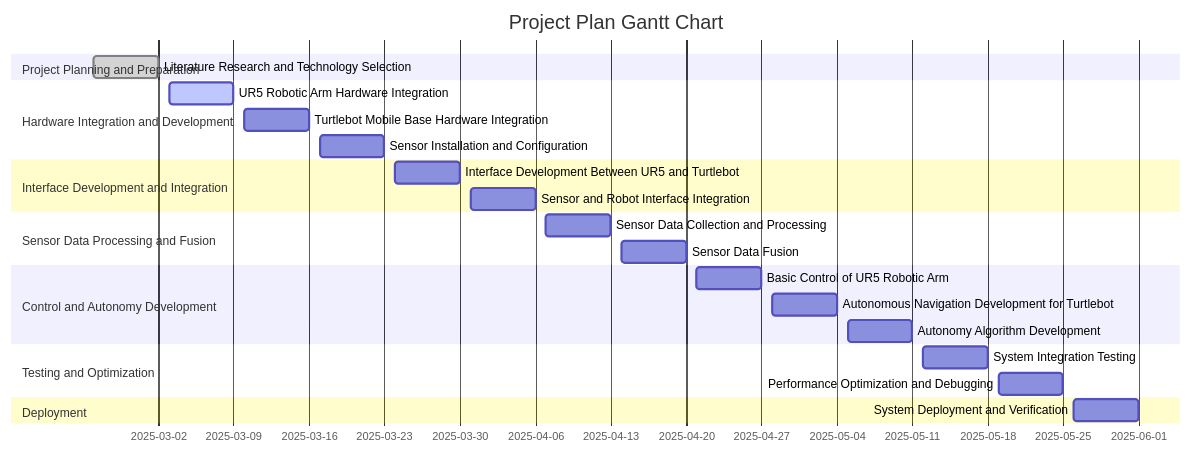
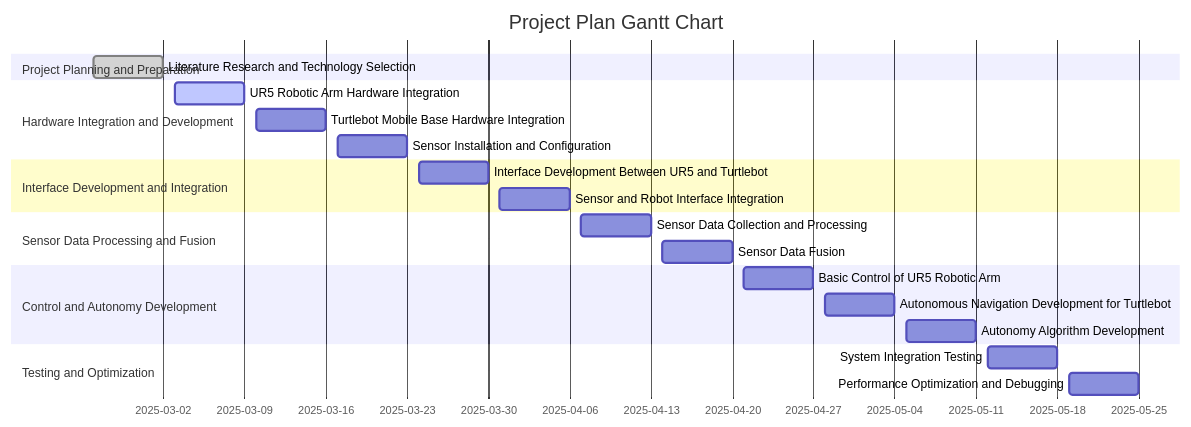
The diagram in docs/timeline.md (RAS598-2025-S-Team12/RAS598-2025-S-Team12.github.io), drawn with Mermaid before and after one commit.

````diff
--- a/docs/timeline.md
+++ b/docs/timeline.md
@@ -6,35 +6,33 @@
 ``` mermaid
 
 gantt
     title Project Plan Gantt Chart
     dateFormat  YYYY-MM-DD
     section Project Planning and Preparation
     Literature Research and Technology Selection   :done, task1_2, 2025-02-24, 2025-03-02
 
     section Hardware Integration and Development
     UR5 Robotic Arm Hardware Integration           :active, task2_1, 2025-03-03, 2025-03-09
     Turtlebot Mobile Base Hardware Integration     :task2_2, 2025-03-10, 2025-03-16
     Sensor Installation and Configuration          :task2_3, 2025-03-17, 2025-03-23
 
     section Interface Development and Integration
     Interface Development Between UR5 and Turtlebot :task3_1, 2025-03-24, 2025-03-30
     Sensor and Robot Interface Integration          :task3_2, 2025-03-31, 2025-04-06
 
     section Sensor Data Processing and Fusion
     Sensor Data Collection and Processing           :task4_1, 2025-04-07, 2025-04-13
     Sensor Data Fusion                              :task4_2, 2025-04-14, 2025-04-20
 
     section Control and Autonomy Development
     Basic Control of UR5 Robotic Arm               :task5_1, 2025-04-21, 2025-04-27
     Autonomous Navigation Development for Turtlebot :task5_2, 2025-04-28, 2025-05-04
     Autonomy Algorithm Development                 :task5_3, 2025-05-05, 2025-05-11
 
     section Testing and Optimization
     System Integration Testing                     :task6_1, 2025-05-12, 2025-05-18
     Performance Optimization and Debugging         :task6_2, 2025-05-19, 2025-05-25
 
-    section Deployment
-    System Deployment and Verification             :task7_1, 2025-05-26, 2025-06-01
 
 
 ```
````
